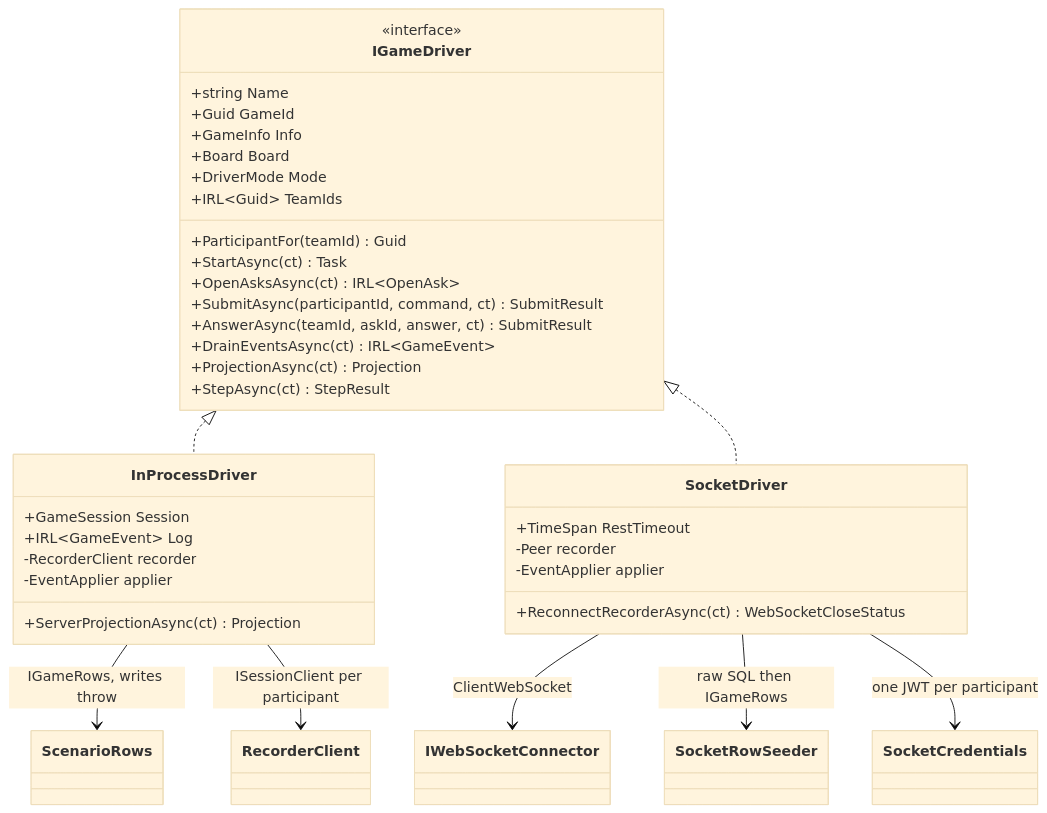
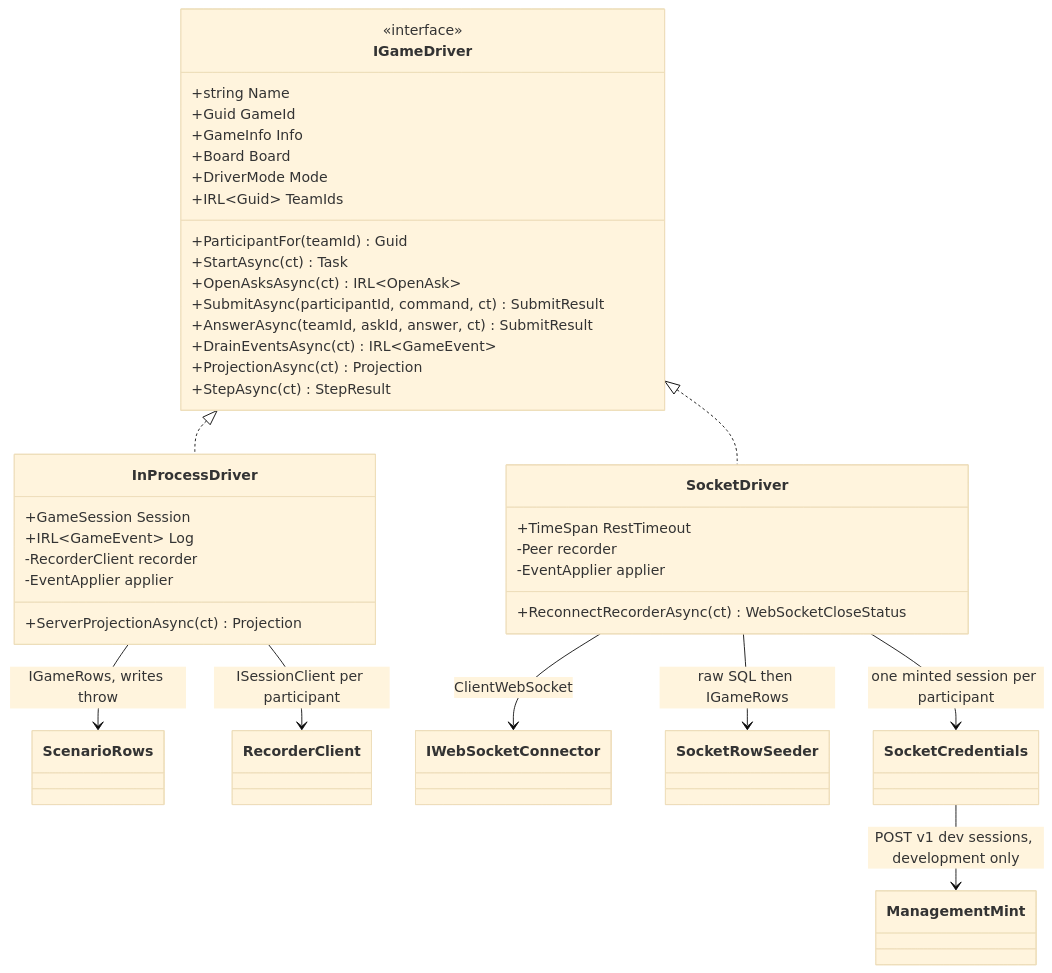
One commit to cstupi/tabletop changed the fourth of 11 diagrams in docs/design/simulation/design.md. Above: the diagram before and after it, drawn with Mermaid (base theme). The commit also changed other lines of this file and 18 other files, not shown here.

````diff
--- a/docs/design/simulation/design.md
+++ b/docs/design/simulation/design.md
@@ -322,40 +322,41 @@
 ```mermaid
 classDiagram
     class IGameDriver {
         <<interface>>
         +string Name
         +Guid GameId
         +GameInfo Info
         +Board Board
         +DriverMode Mode
         +IRL~Guid~ TeamIds
         +ParticipantFor(teamId) Guid
         +StartAsync(ct) Task
         +OpenAsksAsync(ct) IRL~OpenAsk~
         +SubmitAsync(participantId, command, ct) SubmitResult
         +AnswerAsync(teamId, askId, answer, ct) SubmitResult
         +DrainEventsAsync(ct) IRL~GameEvent~
         +ProjectionAsync(ct) Projection
         +StepAsync(ct) StepResult
     }
     class InProcessDriver {
         +GameSession Session
         +IRL~GameEvent~ Log
         +ServerProjectionAsync(ct) Projection
         -RecorderClient recorder
         -EventApplier applier
     }
     class SocketDriver {
         +TimeSpan RestTimeout
         +ReconnectRecorderAsync(ct) WebSocketCloseStatus
         -Peer recorder
         -EventApplier applier
     }
     IGameDriver <|.. InProcessDriver
     IGameDriver <|.. SocketDriver
     InProcessDriver --> ScenarioRows : IGameRows, writes throw
     InProcessDriver --> RecorderClient : ISessionClient per participant
     SocketDriver --> IWebSocketConnector : ClientWebSocket
     SocketDriver --> SocketRowSeeder : raw SQL then IGameRows
-    SocketDriver --> SocketCredentials : one JWT per participant
+    SocketDriver --> SocketCredentials : one minted session per participant
+    SocketCredentials --> ManagementMint : POST v1 dev sessions, development only
 ```
````
